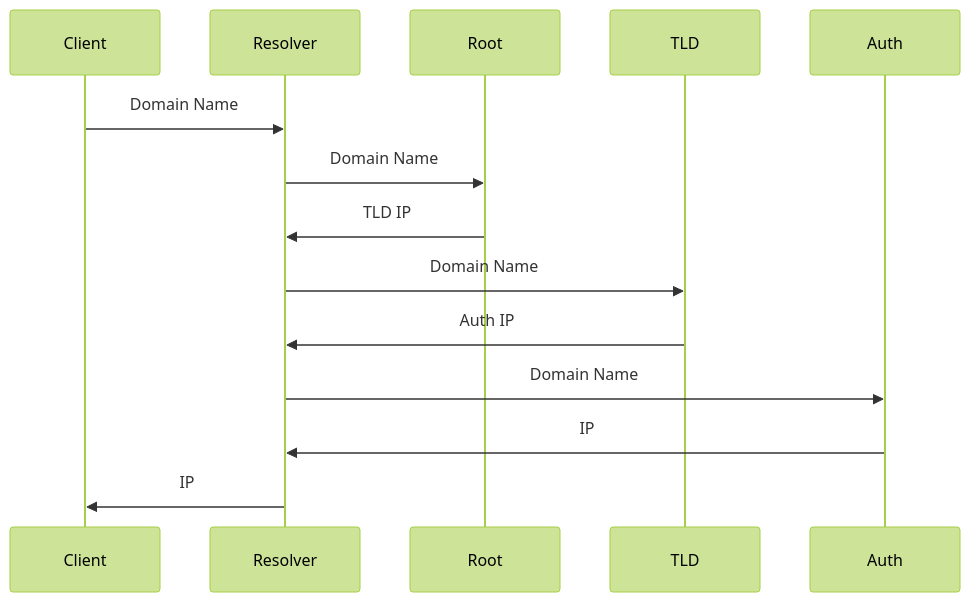
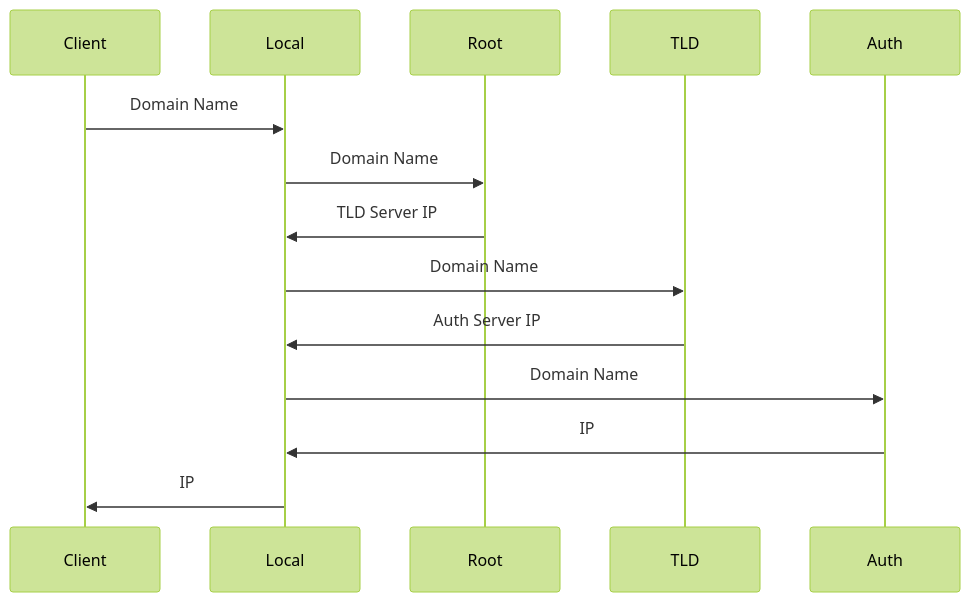
Before and after one commit to wdyjwdy/notes: the diagram in network/dns.md, drawn with Mermaid (forest theme). The commit also changed other lines of this file, not shown here.

````diff
--- a/network/dns.md
+++ b/network/dns.md
@@ -7,11 +7,11 @@
 ```mermaid
 sequenceDiagram
-  Client ->> Resolver: Domain Name
-  Resolver ->> Root: Domain Name
-  Root ->> Resolver: TLD IP
-  Resolver ->> TLD: Domain Name
-  TLD ->> Resolver: Auth IP
-  Resolver ->> Auth: Domain Name
-  Auth ->> Resolver: IP
-  Resolver ->> Client: IP
+  Client ->> Local: Domain Name
+  Local ->> Root: Domain Name
+  Root ->> Local: TLD Server IP
+  Local ->> TLD: Domain Name
+  TLD ->> Local: Auth Server IP
+  Local ->> Auth: Domain Name
+  Auth ->> Local: IP
+  Local ->> Client: IP
 ```
````
